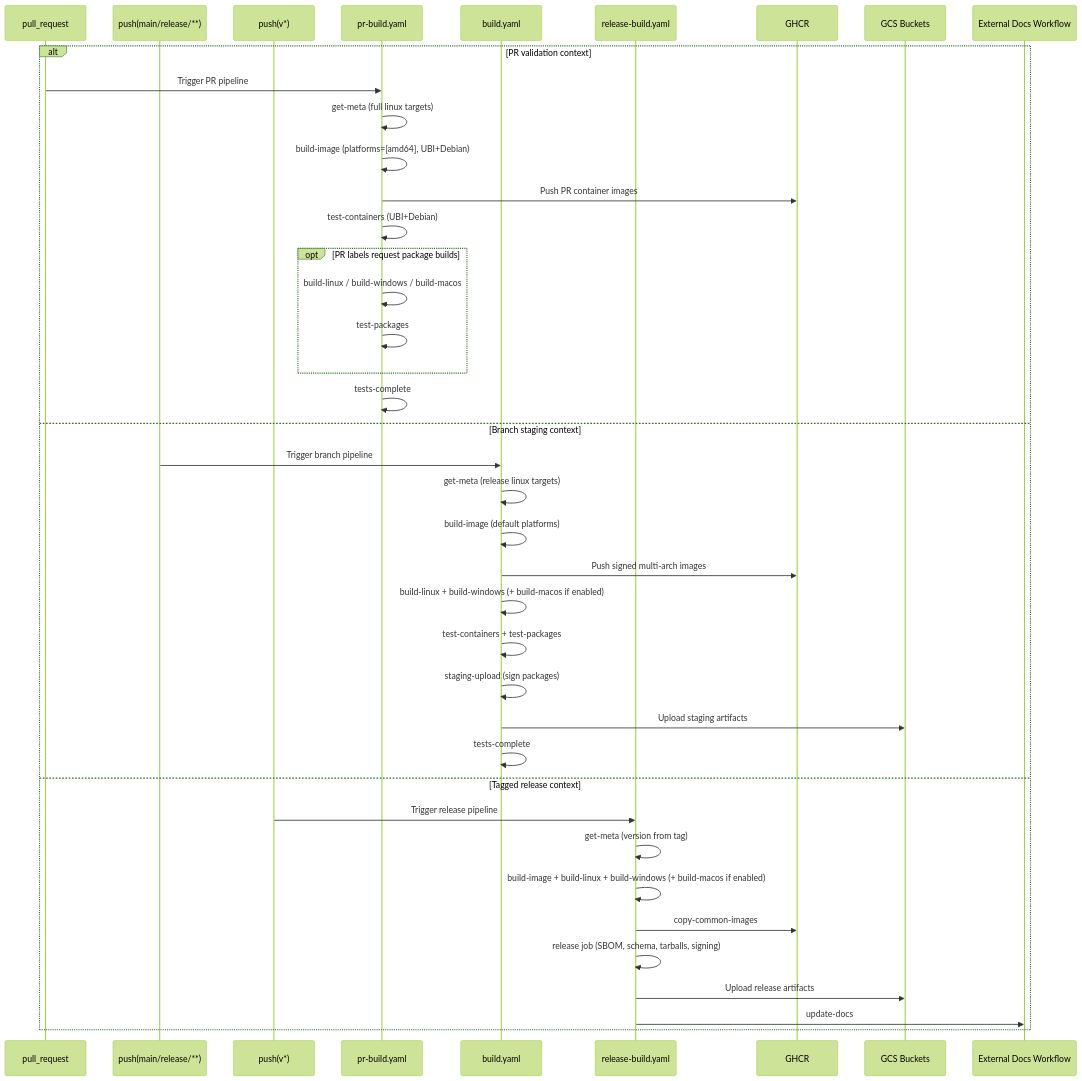
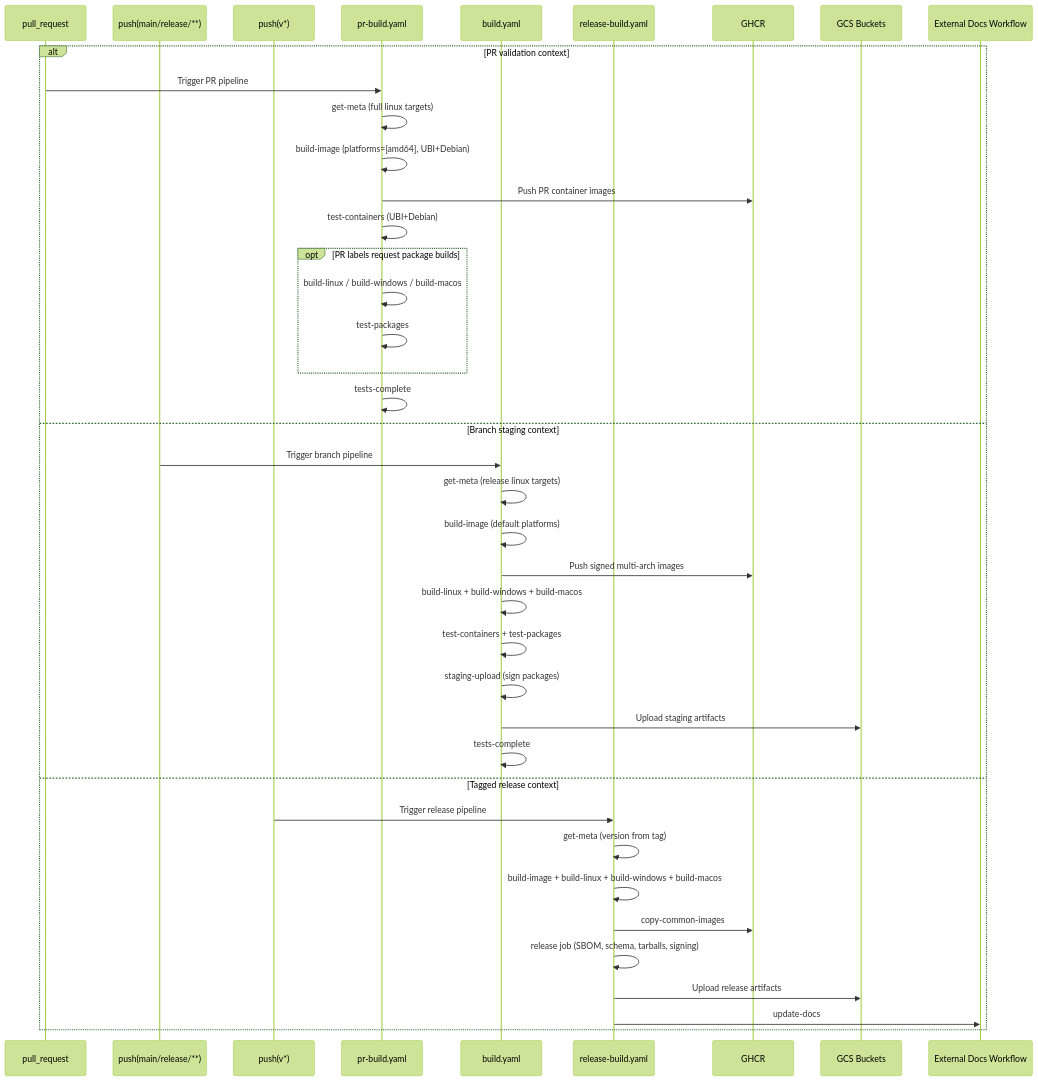
The first of 4 diagrams in .github/workflows/README.md (FluentDo/agent), drawn with Mermaid (forest theme) before and after one commit. The commit also changed other lines of this file and 5 other files, not shown here.

````diff
--- a/.github/workflows/README.md
+++ b/.github/workflows/README.md
@@ -833,43 +837,43 @@
 ```mermaid
 sequenceDiagram
   participant PR as pull_request
   participant Push as push(main/release/**)
   participant Tag as push(v*)
   participant PRBuild as pr-build.yaml
   participant BranchBuild as build.yaml
   participant RelBuild as release-build.yaml
   participant Registry as GHCR
   participant GCS as GCS Buckets
   participant Docs as External Docs Workflow
 
   alt PR validation context
     PR->>PRBuild: Trigger PR pipeline
     PRBuild->>PRBuild: get-meta (full linux targets)
     PRBuild->>PRBuild: build-image (platforms=[amd64], UBI+Debian)
     PRBuild->>Registry: Push PR container images
     PRBuild->>PRBuild: test-containers (UBI+Debian)
     opt PR labels request package builds
       PRBuild->>PRBuild: build-linux / build-windows / build-macos
       PRBuild->>PRBuild: test-packages
     end
     PRBuild->>PRBuild: tests-complete
   else Branch staging context
     Push->>BranchBuild: Trigger branch pipeline
     BranchBuild->>BranchBuild: get-meta (release linux targets)
     BranchBuild->>BranchBuild: build-image (default platforms)
     BranchBuild->>Registry: Push signed multi-arch images
-    BranchBuild->>BranchBuild: build-linux + build-windows (+ build-macos if enabled)
+    BranchBuild->>BranchBuild: build-linux + build-windows + build-macos
     BranchBuild->>BranchBuild: test-containers + test-packages
     BranchBuild->>BranchBuild: staging-upload (sign packages)
     BranchBuild->>GCS: Upload staging artifacts
     BranchBuild->>BranchBuild: tests-complete
   else Tagged release context
     Tag->>RelBuild: Trigger release pipeline
     RelBuild->>RelBuild: get-meta (version from tag)
-    RelBuild->>RelBuild: build-image + build-linux + build-windows (+ build-macos if enabled)
+    RelBuild->>RelBuild: build-image + build-linux + build-windows + build-macos
     RelBuild->>Registry: copy-common-images
     RelBuild->>RelBuild: release job (SBOM, schema, tarballs, signing)
     RelBuild->>GCS: Upload release artifacts
     RelBuild->>Docs: update-docs
   end
 ```
````
